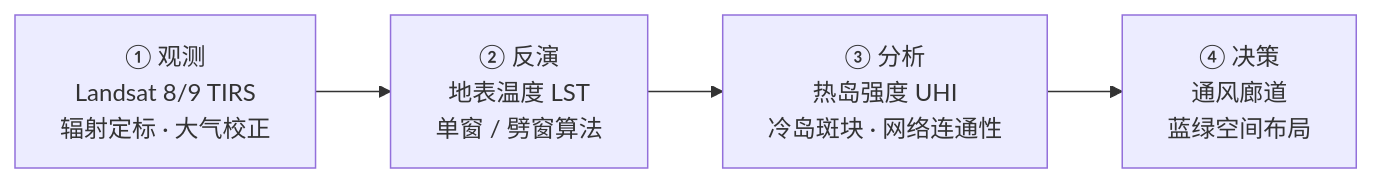
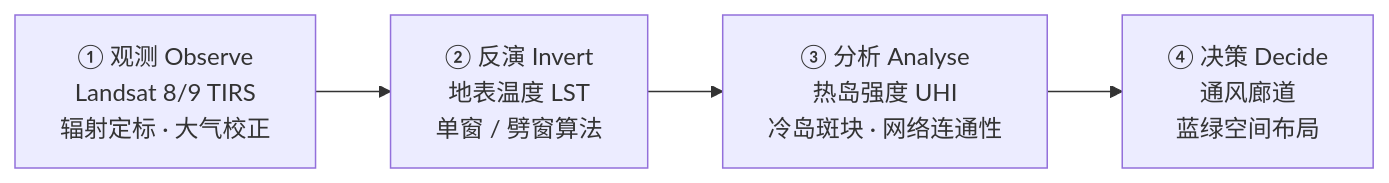
Before and after one commit to zhangyx0803/zhangyx0803: the first of 2 diagrams in README.md, drawn with Mermaid. The commit also changed other lines of this file and 10 other files, not shown here.

First line of the commit message:
feat: 双语 README + 三尺度定位图（Albers/经纬网/比例尺）+ 交互地图页

````diff
--- a/README.md
+++ b/README.md
@@ -90,4 +106,4 @@
 ```mermaid
 flowchart LR
-  A["① 观测<br/>Landsat 8/9 TIRS<br/>辐射定标 · 大气校正"] --> B["② 反演<br/>地表温度 LST<br/>单窗 / 劈窗算法"] --> C["③ 分析<br/>热岛强度 UHI<br/>冷岛斑块 · 网络连通性"] --> D["④ 决策<br/>通风廊道<br/>蓝绿空间布局"]
+  A["① 观测 Observe<br/>Landsat 8/9 TIRS<br/>辐射定标 · 大气校正"] --> B["② 反演 Invert<br/>地表温度 LST<br/>单窗 / 劈窗算法"] --> C["③ 分析 Analyse<br/>热岛强度 UHI<br/>冷岛斑块 · 网络连通性"] --> D["④ 决策 Decide<br/>通风廊道<br/>蓝绿空间布局"]
 ```
````
